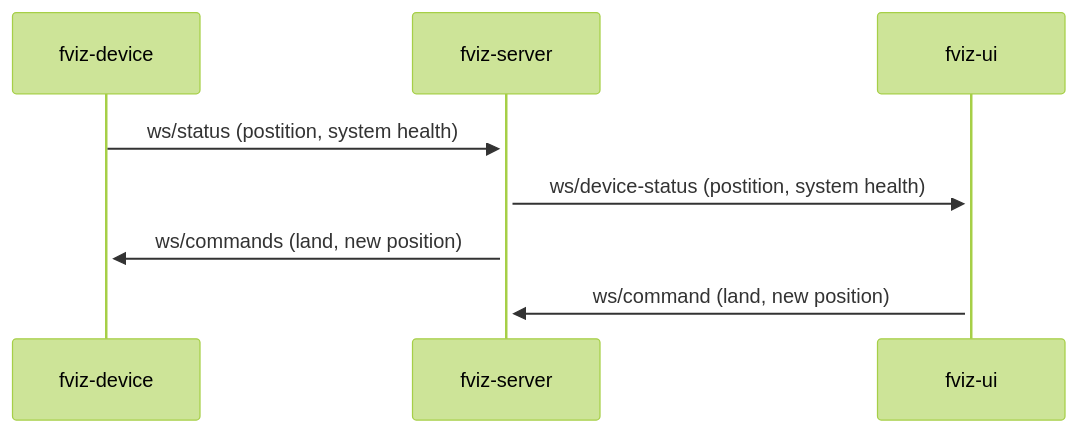
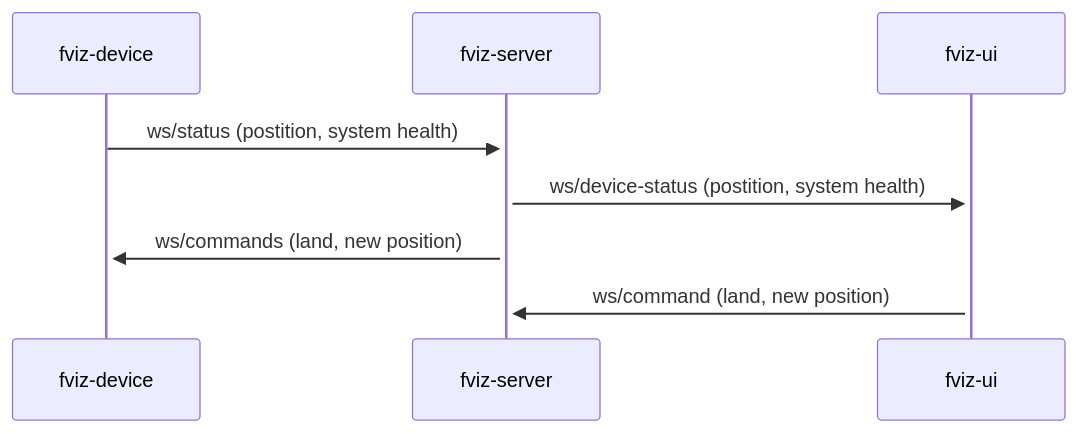
Before and after one commit to protiumx/fviz: the first of 2 diagrams in README.md, drawn with Mermaid. The commit also changed other lines of this file and 10 other files, not shown here.

````diff
--- a/README.md
+++ b/README.md
@@ -40,9 +43,7 @@
-```mermaid!
-%%{init: { 'theme': 'forest' } }%%
-%%{config: { 'fontFamily': 'Menlo', 'fontSize': 18, 'fontWeight': 400} }%%
+```mermaid
 sequenceDiagram
     fviz-device->>+fviz-server: ws/status (postition, system health)
     fviz-server->>+fviz-ui: ws/device-status (postition, system health)
     fviz-server->>+fviz-device: ws/commands (land, new position)
     fviz-ui->>+fviz-server: ws/command (land, new position)
 ```
````
